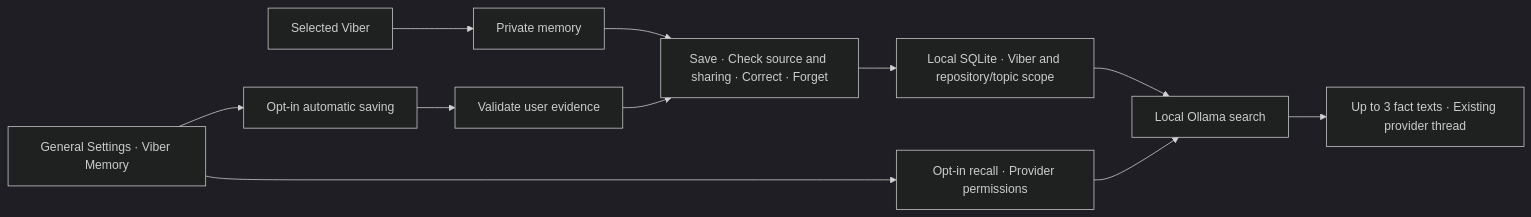
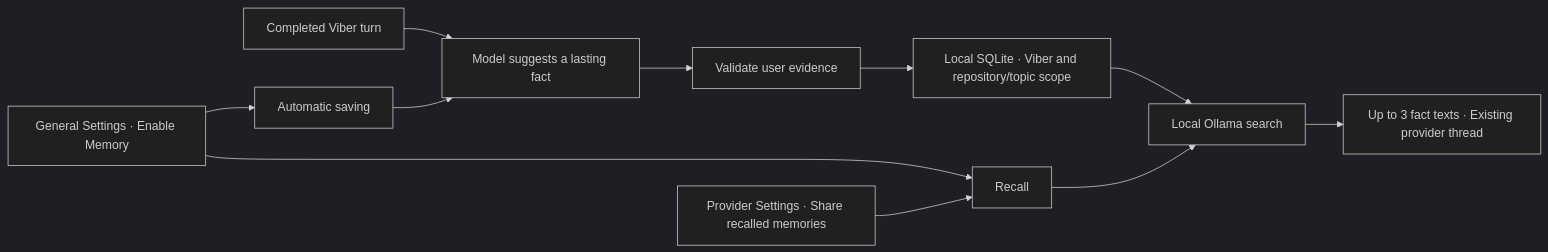
One commit to akshajrawat/akkco-vibestar changed the second of 2 diagrams in FEATUREMAP.md. Above: the diagram before and after it, drawn with Mermaid (dark theme). The commit also changed 29 other files, not shown here.

First line of the commit message:
feat(vibers): streamline memory controls and saving

````diff
--- a/FEATUREMAP.md
+++ b/FEATUREMAP.md
@@ -73,11 +73,11 @@
 ```mermaid
 flowchart LR
-    Viber["Selected Viber"] --> Memory["Private memory"]
-    Memory --> Facts["Save · Check source and sharing · Correct · Forget"]
-    Settings["General Settings · Viber Memory"] --> Learn["Opt-in automatic saving"]
-    Settings --> Recall["Opt-in recall · Provider permissions"]
-    Learn --> Evidence["Validate user evidence"] --> Facts
-    Facts --> Storage["Local SQLite · Viber and repository/topic scope"]
+    Viber["Completed Viber turn"] --> Suggest["Model suggests a lasting fact"]
+    Settings["General Settings · Enable Memory"] --> Learn["Automatic saving"]
+    Settings --> Recall["Recall"]
+    Permissions["Provider Settings · Share recalled memories"] --> Recall
+    Learn --> Suggest --> Evidence["Validate user evidence"]
+    Evidence --> Storage["Local SQLite · Viber and repository/topic scope"]
     Storage --> Ollama["Local Ollama search"]
     Recall --> Ollama --> Share["Up to 3 fact texts · Existing provider thread"]
 ```
````
